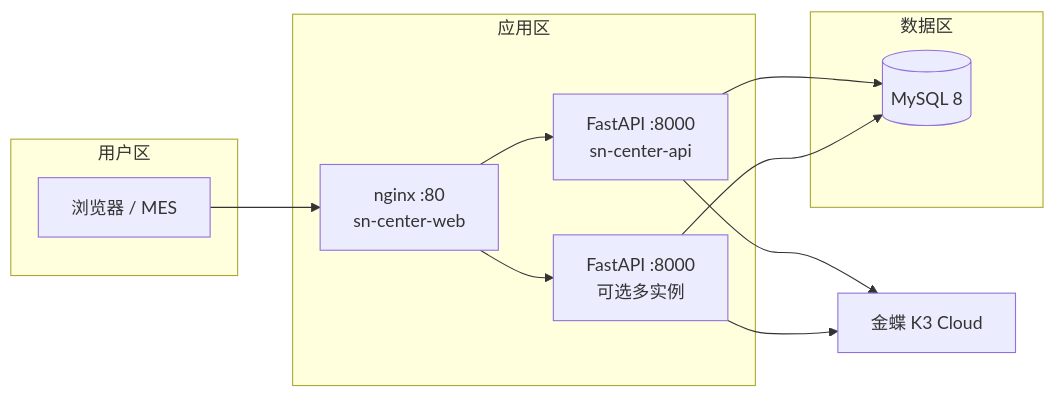
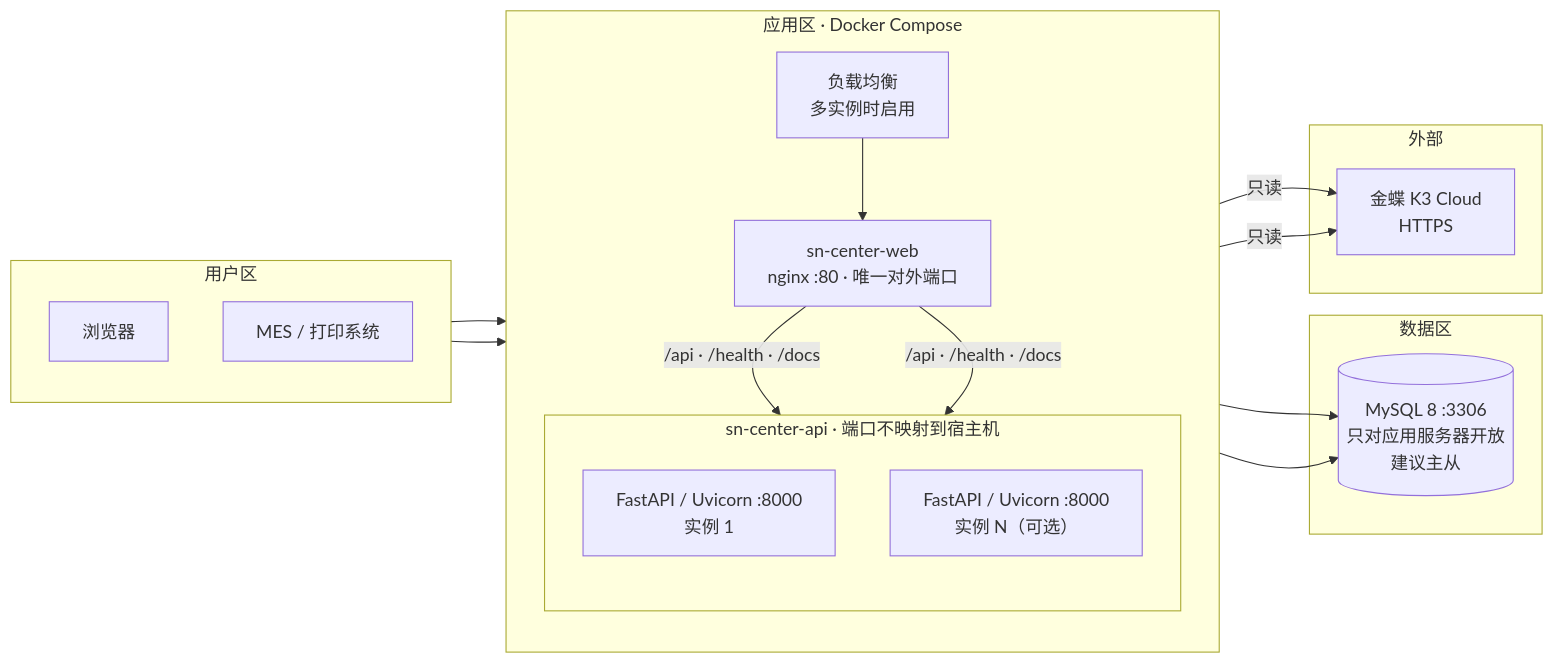
The eighth of 9 diagrams in docs/系统技术方案.md (Createsnow/sn-center), drawn with Mermaid before and after one commit. The commit also changed other lines of this file and 11 other files, not shown here.

First line of the commit message:
系统技术方案：重画全部图，ER 标注一对多，新增 Word 版

````diff
--- a/docs/系统技术方案.md
+++ b/docs/系统技术方案.md
@@ -408,18 +665,28 @@
 ```mermaid
 flowchart LR
-    subgraph 用户区
-        U[浏览器 / MES]
+    subgraph Z1[用户区]
+        direction TB
+        U1[浏览器]
+        U2[MES / 打印系统]
     end
-    subgraph 应用区
-        N[nginx :80<br/>sn-center-web]
-        A1[FastAPI :8000<br/>sn-center-api]
-        A2[FastAPI :8000<br/>可选多实例]
+    subgraph Z2[应用区 · Docker Compose]
+        direction TB
+        LB[负载均衡<br/>多实例时启用]
+        N[sn-center-web<br/>nginx :80 · 唯一对外端口]
+        subgraph API[sn-center-api · 端口不映射到宿主机]
+            direction TB
+            A1[FastAPI / Uvicorn :8000<br/>实例 1]
+            A2[FastAPI / Uvicorn :8000<br/>实例 N（可选）]
+        end
     end
-    subgraph 数据区
-        DB[(MySQL 8)]
+    subgraph Z3[数据区]
+        DB[(MySQL 8 :3306<br/>只对应用服务器开放<br/>建议主从)]
     end
-    K3[金蝶 K3 Cloud]
-    U --> N --> A1 & A2
+    subgraph Z4[外部]
+        K3[金蝶 K3 Cloud<br/>HTTPS]
+    end
+    U1 & U2 --> LB --> N
+    N -->|/api · /health · /docs| A1 & A2
     A1 & A2 --> DB
-    A1 & A2 --> K3
+    A1 & A2 -->|只读| K3
 ```
````
